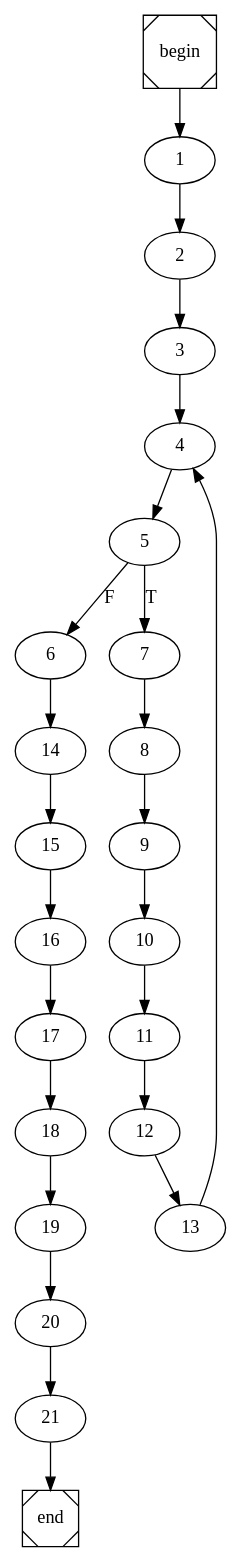
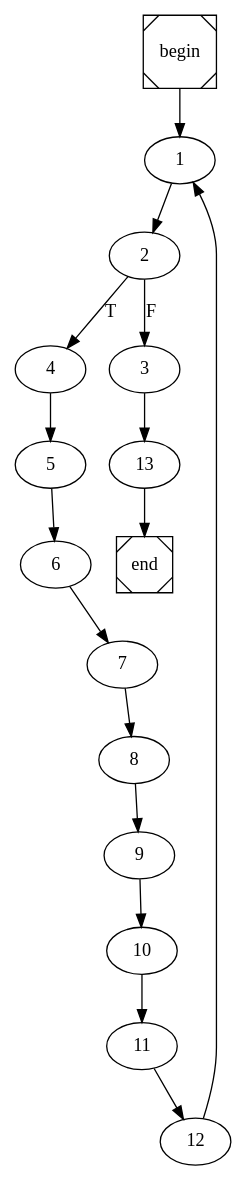
One commit to arubenruben/JMM-Compiler changed the diagram in main.dot. Above: the diagram before and after it, drawn with Graphviz. The commit also changed 3 other files, not shown here.

```diff
--- a/main.dot
+++ b/main.dot
@@ -1,4 +1,4 @@
 digraph cfg {
 	begin [shape=Msquare];
 	end [shape=Msquare];
-	begin -> 1;	1 -> 2;	2 -> 3;	3 -> 4;	4 -> 5;	5 -> 7[label=T];	5 -> 6[label=F];	6 -> 14;	7 -> 8;	8 -> 9;	9 -> 10;	10 -> 11;	11 -> 12;	12 -> 13;	13 -> 4;	14 -> 15;	15 -> 16;	16 -> 17;	17 -> 18;	18 -> 19;	19 -> 20;	20 -> 21;	21 -> end;}
+	begin -> 1;	1 -> 2;	2 -> 4[label=T];	2 -> 3[label=F];	3 -> 13;	4 -> 5;	5 -> 6;	6 -> 7;	7 -> 8;	8 -> 9;	9 -> 10;	10 -> 11;	11 -> 12;	12 -> 1;	13 -> end;}
```
